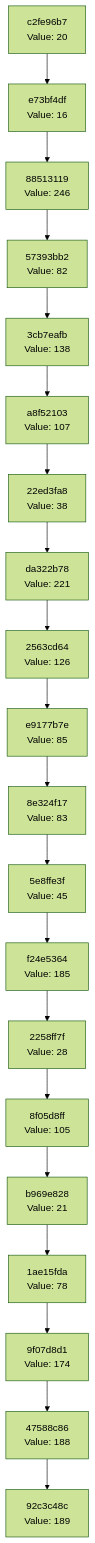
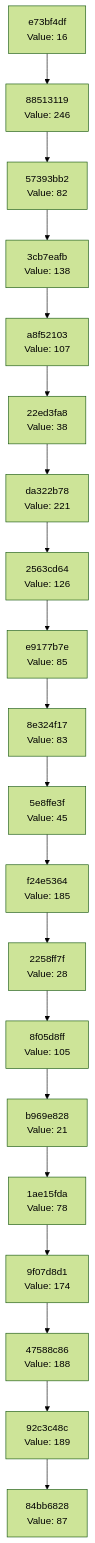
The diagram in docs/CHAIN_VISUALIZATION.md (Abhisheksinha1506/hash-chain-evolver), drawn with Mermaid (forest theme) before and after one commit. The commit also changed 2 other files, not shown here.

Commit message:
Evolution step: hash 0x57 → action executed

````diff
--- a/docs/CHAIN_VISUALIZATION.md
+++ b/docs/CHAIN_VISUALIZATION.md
@@ -3,42 +3,42 @@
 ```mermaid
 graph TD
-    C0["92c3c48c<br/>Value: 189"]
-    C1["47588c86<br/>Value: 188"]
+    C0["84bb6828<br/>Value: 87"]
+    C1["92c3c48c<br/>Value: 189"]
     C1 --> C0
-    C2["9f07d8d1<br/>Value: 174"]
+    C2["47588c86<br/>Value: 188"]
     C2 --> C1
-    C3["1ae15fda<br/>Value: 78"]
+    C3["9f07d8d1<br/>Value: 174"]
     C3 --> C2
-    C4["b969e828<br/>Value: 21"]
+    C4["1ae15fda<br/>Value: 78"]
     C4 --> C3
-    C5["8f05d8ff<br/>Value: 105"]
+    C5["b969e828<br/>Value: 21"]
     C5 --> C4
-    C6["2258ff7f<br/>Value: 28"]
+    C6["8f05d8ff<br/>Value: 105"]
     C6 --> C5
-    C7["f24e5364<br/>Value: 185"]
+    C7["2258ff7f<br/>Value: 28"]
     C7 --> C6
-    C8["5e8ffe3f<br/>Value: 45"]
+    C8["f24e5364<br/>Value: 185"]
     C8 --> C7
-    C9["8e324f17<br/>Value: 83"]
+    C9["5e8ffe3f<br/>Value: 45"]
     C9 --> C8
-    C10["e9177b7e<br/>Value: 85"]
+    C10["8e324f17<br/>Value: 83"]
     C10 --> C9
-    C11["2563cd64<br/>Value: 126"]
+    C11["e9177b7e<br/>Value: 85"]
     C11 --> C10
-    C12["da322b78<br/>Value: 221"]
+    C12["2563cd64<br/>Value: 126"]
     C12 --> C11
-    C13["22ed3fa8<br/>Value: 38"]
+    C13["da322b78<br/>Value: 221"]
     C13 --> C12
-    C14["a8f52103<br/>Value: 107"]
+    C14["22ed3fa8<br/>Value: 38"]
     C14 --> C13
-    C15["3cb7eafb<br/>Value: 138"]
+    C15["a8f52103<br/>Value: 107"]
     C15 --> C14
-    C16["57393bb2<br/>Value: 82"]
+    C16["3cb7eafb<br/>Value: 138"]
     C16 --> C15
-    C17["88513119<br/>Value: 246"]
+    C17["57393bb2<br/>Value: 82"]
     C17 --> C16
-    C18["e73bf4df<br/>Value: 16"]
+    C18["88513119<br/>Value: 246"]
     C18 --> C17
-    C19["c2fe96b7<br/>Value: 20"]
+    C19["e73bf4df<br/>Value: 16"]
     C19 --> C18
 ```
````
